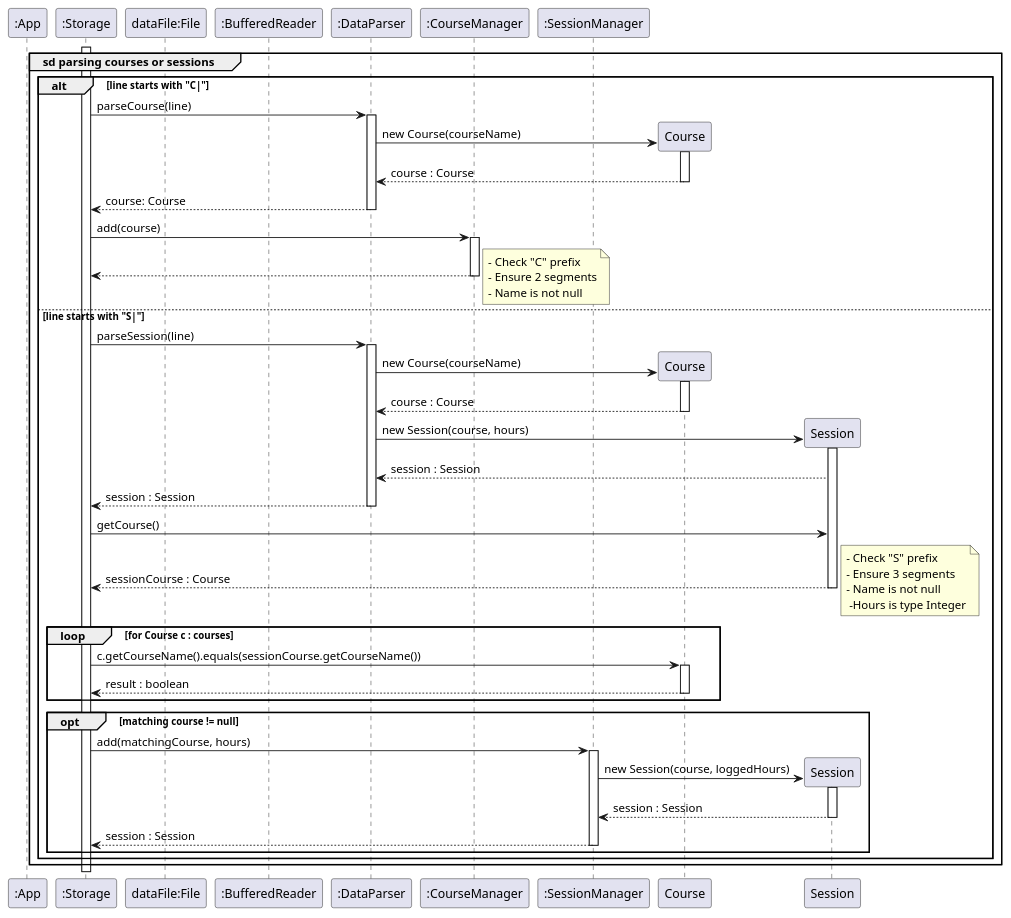
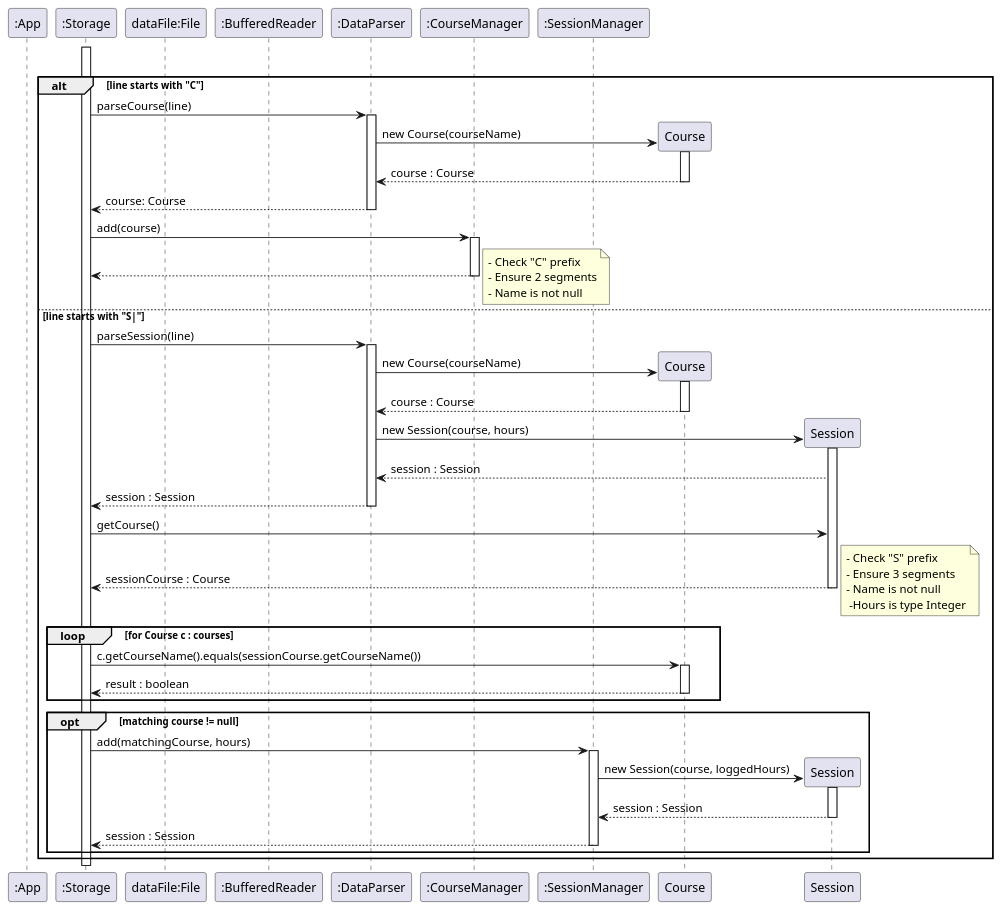
One commit to t-kandasami/tp changed the diagram in docs/diagrams/StorageLoadSequenceRefDiagram.puml. Above: the diagram before and after it, drawn with PlantUML. The commit also changed 2 other files, not shown here.

Commit message:
fix: Add missing loop frame in storage (load) sequence diagram

```diff
--- a/docs/diagrams/StorageLoadSequenceRefDiagram.puml
+++ b/docs/diagrams/StorageLoadSequenceRefDiagram.puml
@@ -1,79 +1,78 @@
 @startuml
 'https://plantuml.com/sequence-diagram
 
 participant ":App" as App
 participant ":Storage" as Storage
 
 participant "dataFile:File" as File
 participant ":BufferedReader" as BR
 participant ":DataParser" as Parser
 participant ":CourseManager" as CM
 participant ":SessionManager" as SM
 
 group sd parsing courses or sessions
     activate Storage
-    alt line starts with "C|"
-            Storage -> Parser: parseCourse(line)
-            activate Parser
 
-            Parser -> Course**: new Course(courseName)
-            activate Course
-            Course --> Parser: course : Course
-            deactivate Course
+    alt line starts with "C"
+        Storage -> Parser: parseCourse(line)
+        activate Parser
 
-            Parser --> Storage: course: Course
-            deactivate Parser
+        Parser -> Course**: new Course(courseName)
+        activate Course
+        Course --> Parser: course : Course
+        deactivate Course
 
-            Storage -> CM: add(course)
-            activate CM
-            CM --> Storage
-            deactivate CM
+        Parser --> Storage: course: Course
+        deactivate Parser
 
-            note right: - Check "C" prefix\n- Ensure 2 segments\n- Name is not null
+        Storage -> CM: add(course)
+        activate CM
+        CM --> Storage
+        deactivate CM
 
-        else line starts with "S|"
+        note right: - Check "C" prefix\n- Ensure 2 segments\n- Name is not null
 
-            Storage -> Parser: parseSession(line)
-            activate Parser
+    else line starts with "S|"
 
-            Parser -> Course**: new Course(courseName)
-            activate Course
-            Course --> Parser: course : Course
-            deactivate Course
+        Storage -> Parser: parseSession(line)
+        activate Parser
 
-            Parser -> Session**: new Session(course, hours)
+        Parser -> Course**: new Course(courseName)
+        activate Course
+        Course --> Parser: course : Course
+        deactivate Course
+
+        Parser -> Session**: new Session(course, hours)
+        activate Session
+        Session --> Parser: session : Session
+
+        Parser --> Storage: session : Session
+        deactivate Parser
+
+        Storage -> Session: getCourse()
+        Session --> Storage: sessionCourse : Course
+        deactivate Session
+
+        note right: - Check "S" prefix\n- Ensure 3 segments\n- Name is not null\n -Hours is type Integer
+
+        loop for Course c : courses
+
+        Storage -> Course: c.getCourseName().equals(sessionCourse.getCourseName())
+        activate Course
+        Course --> Storage: result : boolean
+        deactivate Course
+
+        end
+
+        opt matching course != null
+            Storage -> SM: add(matchingCourse, hours)
+            activate SM
+            SM -> Session**: new Session(course, loggedHours)
             activate Session
-            Session --> Parser: session : Session
-
-            Parser --> Storage: session : Session
-            deactivate Parser
-
-            Storage -> Session: getCourse()
-            Session --> Storage: sessionCourse : Course
+            Session --> SM: session : Session
             deactivate Session
-
-            note right: - Check "S" prefix\n- Ensure 3 segments\n- Name is not null\n -Hours is type Integer
-
-            loop for Course c : courses
-
-            Storage -> Course: c.getCourseName().equals(sessionCourse.getCourseName())
-            activate Course
-            Course --> Storage: result : boolean
-            deactivate Course
-
-            end
-
-            opt matching course != null
-                Storage -> SM: add(matchingCourse, hours)
-                activate SM
-                SM -> Session**: new Session(course, loggedHours)
-                activate Session
-                Session --> SM: session : Session
-                deactivate Session
-                SM --> Storage: session : Session
-                deactivate SM
-            end
-
+            SM --> Storage: session : Session
+            deactivate SM
         end
     end
 @enduml
```
